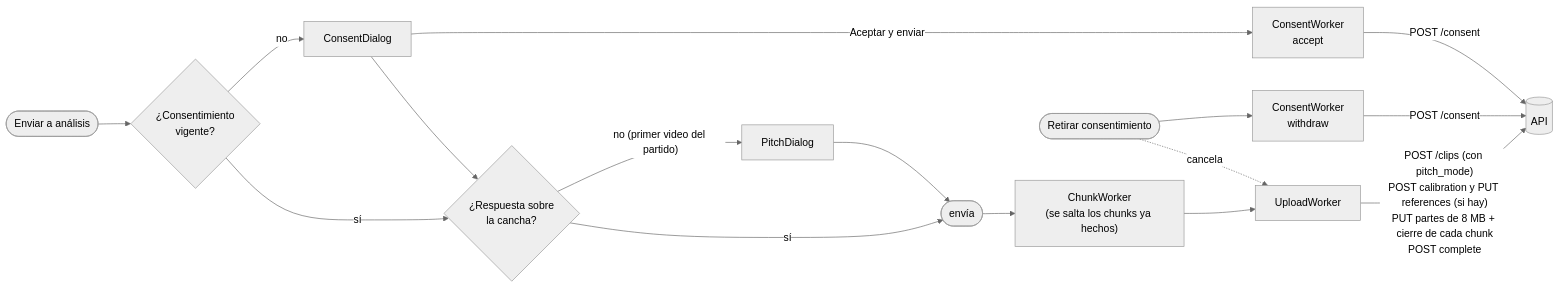
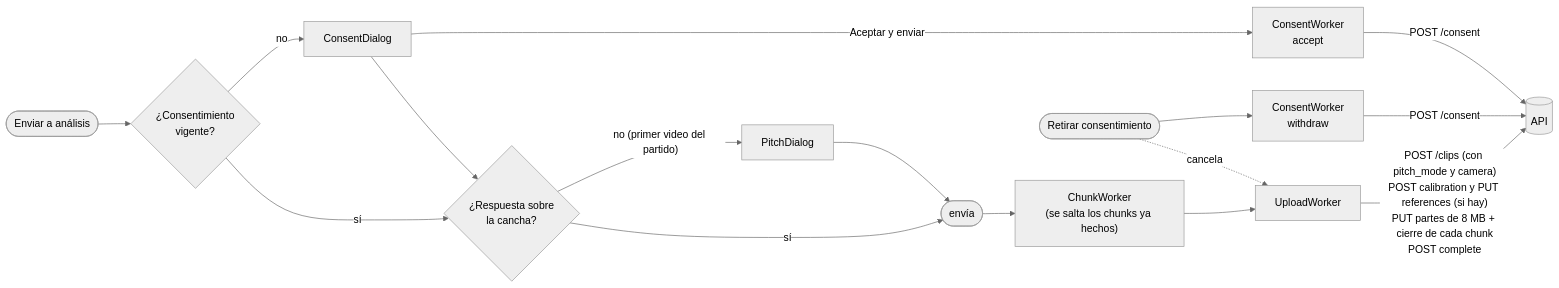
The fourth of 5 diagrams in docs/arquitectura/02-app-android.md (pepemxl/meta-ai-hackathon-2026), drawn with Mermaid (neutral theme) before and after one commit. The commit also changed other lines of this file and 28 other files, not shown here.

````diff
--- a/docs/arquitectura/02-app-android.md
+++ b/docs/arquitectura/02-app-android.md
@@ -121,14 +121,14 @@
 ```mermaid
 flowchart LR
     send(["Enviar a análisis"]) --> q{"¿Consentimiento<br/>vigente?"}
     q -->|no| dlg["ConsentDialog"] -->|"Aceptar y enviar"| acc["ConsentWorker<br/>accept"]
     dlg --> pm
     q -->|sí| pm{"¿Respuesta sobre<br/>la cancha?"}
     pm -->|"no (primer video del partido)"| pdlg["PitchDialog"] --> send2(["envía"])
     pm -->|sí| send2
     send2 --> cw["ChunkWorker<br/>(se salta los chunks ya hechos)"] --> uw["UploadWorker"]
-    uw -->|"POST /clips (con pitch_mode)<br/>POST calibration y PUT references (si hay)<br/>PUT partes de 8 MB + cierre de cada chunk<br/>POST complete"| api[("API")]
+    uw -->|"POST /clips (con pitch_mode y camera)<br/>POST calibration y PUT references (si hay)<br/>PUT partes de 8 MB + cierre de cada chunk<br/>POST complete"| api[("API")]
     acc -->|"POST /consent"| api
     wd(["Retirar consentimiento"]) --> wdw["ConsentWorker<br/>withdraw"] -->|"POST /consent"| api
     wd -.->|"cancela"| uw
 ```
````
